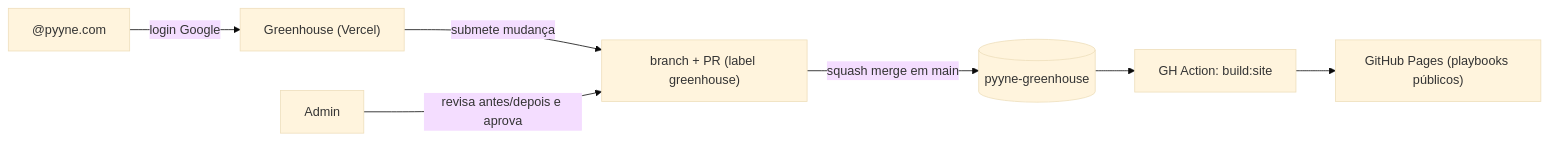
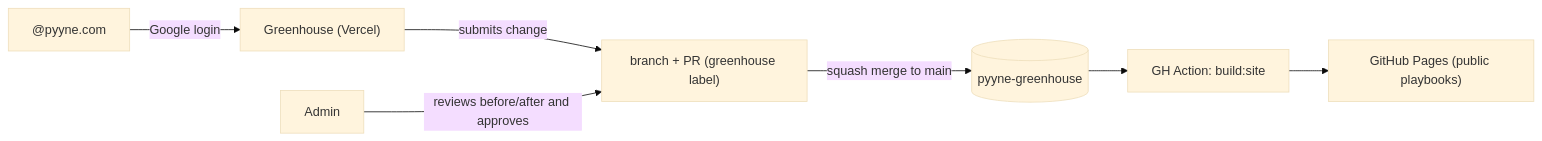
Before and after one commit to pyyne-digital/pyyne-greenhouse: the diagram in README.md, drawn with Mermaid (base theme). The commit also changed other lines of this file and 24 other files, not shown here.

````diff
--- a/README.md
+++ b/README.md
@@ -9,9 +9,9 @@
 ```mermaid
 flowchart LR
-  user["@pyyne.com"] -->|"login Google"| editor["Greenhouse (Vercel)"]
-  editor -->|"submete mudança"| pr["branch + PR (label greenhouse)"]
-  admin["Admin"] -->|"revisa antes/depois e aprova"| pr
-  pr -->|"squash merge em main"| repo[("pyyne-greenhouse")]
+  user["@pyyne.com"] -->|"Google login"| editor["Greenhouse (Vercel)"]
+  editor -->|"submits change"| pr["branch + PR (greenhouse label)"]
+  admin["Admin"] -->|"reviews before/after and approves"| pr
+  pr -->|"squash merge to main"| repo[("pyyne-greenhouse")]
   repo --> action["GH Action: build:site"]
-  action --> pages["GitHub Pages (playbooks públicos)"]
+  action --> pages["GitHub Pages (public playbooks)"]
 ```
````
